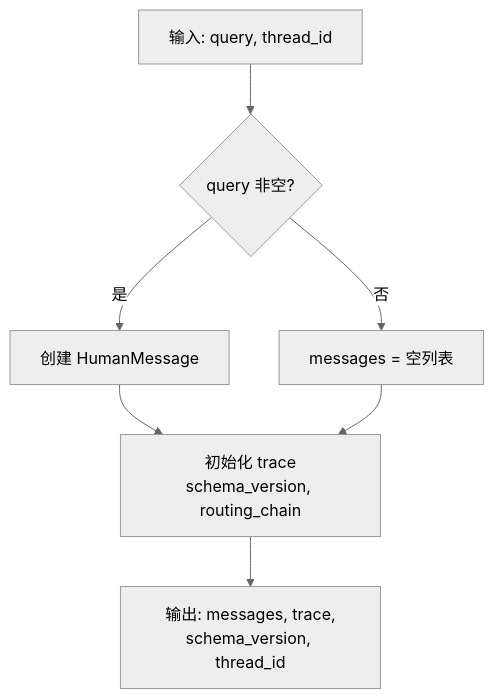
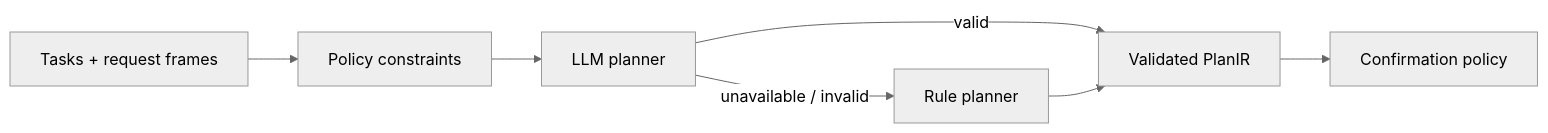
The first of 2 diagrams in docs/LANGGRAPH_PIPELINE_DEEP_DIVE.md (kkkano/FinSight), drawn with Mermaid (neutral theme) before and after one commit. The commit also changed other lines of this file and 70 other files, not shown here.

Commit message:
docs: align architecture and archive superseded material

````diff
--- a/docs/LANGGRAPH_PIPELINE_DEEP_DIVE.md
+++ b/docs/LANGGRAPH_PIPELINE_DEEP_DIVE.md
@@ -279,9 +23,9 @@
 ```mermaid
-flowchart TD
-    IN[输入: query, thread_id] --> CHECK{query 非空?}
-    CHECK -->|是| MSG[创建 HumanMessage]
-    CHECK -->|否| EMPTY[messages = 空列表]
-    MSG --> TRACE[初始化 trace<br/>schema_version, routing_chain]
-    EMPTY --> TRACE
-    TRACE --> OUT[输出: messages, trace,<br/>schema_version, thread_id]
+flowchart LR
+    CONTRACT[Tasks + request frames] --> POLICY[Policy constraints]
+    POLICY --> LLM[LLM planner]
+    LLM -->|valid| PLAN[Validated PlanIR]
+    LLM -->|unavailable / invalid| RULE[Rule planner]
+    RULE --> PLAN
+    PLAN --> CONFIRM[Confirmation policy]
 ```
````
